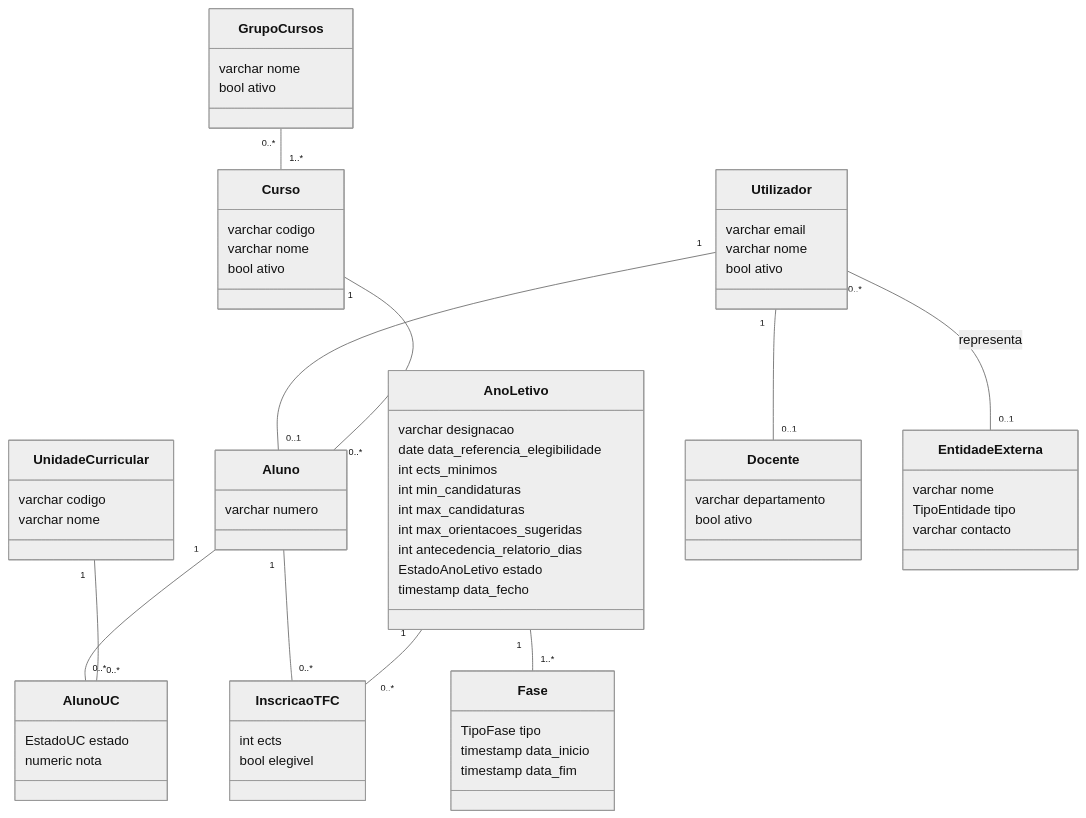
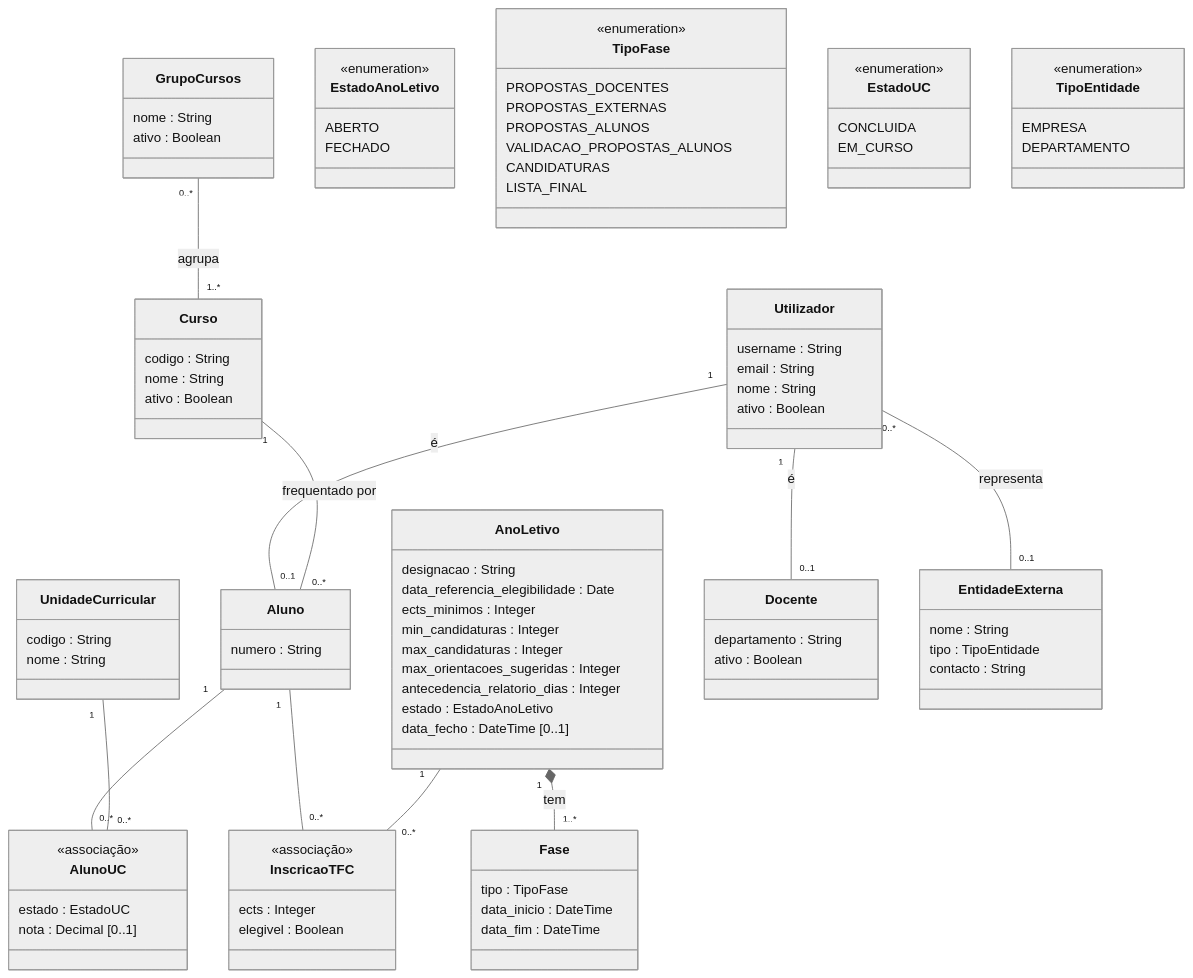
Before and after one commit to ULHT-TFC-new/tfc-avaliacao-reporting: the third of 8 diagrams in docs/03_modelo_de_dados.md, drawn with Mermaid (neutral theme). The commit also changed other lines of this file, not shown here.

Commit message:
Separa o modelo de classes UML do E-R e acrescenta o modelo global e o E-R completo

````diff
--- a/docs/03_modelo_de_dados.md
+++ b/docs/03_modelo_de_dados.md
@@ -74,66 +683,92 @@
 ```mermaid
 classDiagram
     class AnoLetivo {
-        varchar designacao
-        date data_referencia_elegibilidade
-        int ects_minimos
-        int min_candidaturas
-        int max_candidaturas
-        int max_orientacoes_sugeridas
-        int antecedencia_relatorio_dias
-        EstadoAnoLetivo estado
-        timestamp data_fecho
+        designacao : String
+        data_referencia_elegibilidade : Date
+        ects_minimos : Integer
+        min_candidaturas : Integer
+        max_candidaturas : Integer
+        max_orientacoes_sugeridas : Integer
+        antecedencia_relatorio_dias : Integer
+        estado : EstadoAnoLetivo
+        data_fecho : DateTime [0..1]
     }
     class Fase {
-        TipoFase tipo
-        timestamp data_inicio
-        timestamp data_fim
+        tipo : TipoFase
+        data_inicio : DateTime
+        data_fim : DateTime
     }
     class Curso {
-        varchar codigo
-        varchar nome
-        bool ativo
+        codigo : String
+        nome : String
+        ativo : Boolean
     }
     class GrupoCursos {
-        varchar nome
-        bool ativo
+        nome : String
+        ativo : Boolean
     }
     class UnidadeCurricular {
-        varchar codigo
-        varchar nome
+        codigo : String
+        nome : String
     }
     class Utilizador {
-        varchar email
-        varchar nome
-        bool ativo
+        username : String
+        email : String
+        nome : String
+        ativo : Boolean
     }
     class Aluno {
-        varchar numero
+        numero : String
     }
     class AlunoUC {
-        EstadoUC estado
-        numeric nota
+        <<associação>>
+        estado : EstadoUC
+        nota : Decimal [0..1]
     }
     class InscricaoTFC {
-        int ects
-        bool elegivel
+        <<associação>>
+        ects : Integer
+        elegivel : Boolean
     }
     class Docente {
-        varchar departamento
-        bool ativo
+        departamento : String
+        ativo : Boolean
     }
     class EntidadeExterna {
-        varchar nome
-        TipoEntidade tipo
-        varchar contacto
+        nome : String
+        tipo : TipoEntidade
+        contacto : String
     }
-
-    AnoLetivo "1" -- "1..*" Fase
-    GrupoCursos "0..*" -- "1..*" Curso
-    Utilizador "1" -- "0..1" Aluno
-    Utilizador "1" -- "0..1" Docente
+    class EstadoAnoLetivo {
+        <<enumeration>>
+        ABERTO
+        FECHADO
+    }
+    class TipoFase {
+        <<enumeration>>
+        PROPOSTAS_DOCENTES
+        PROPOSTAS_EXTERNAS
+        PROPOSTAS_ALUNOS
+        VALIDACAO_PROPOSTAS_ALUNOS
+        CANDIDATURAS
+        LISTA_FINAL
+    }
+    class EstadoUC {
+        <<enumeration>>
+        CONCLUIDA
+        EM_CURSO
+    }
+    class TipoEntidade {
+        <<enumeration>>
+        EMPRESA
+        DEPARTAMENTO
+    }
+    AnoLetivo "1" *-- "1..*" Fase : tem
+    GrupoCursos "0..*" -- "1..*" Curso : agrupa
+    Utilizador "1" -- "0..1" Aluno : é
+    Utilizador "1" -- "0..1" Docente : é
     Utilizador "0..*" -- "0..1" EntidadeExterna : representa
-    Curso "1" -- "0..*" Aluno
+    Curso "1" -- "0..*" Aluno : frequentado por
     Aluno "1" -- "0..*" AlunoUC
     UnidadeCurricular "1" -- "0..*" AlunoUC
     Aluno "1" -- "0..*" InscricaoTFC
````
